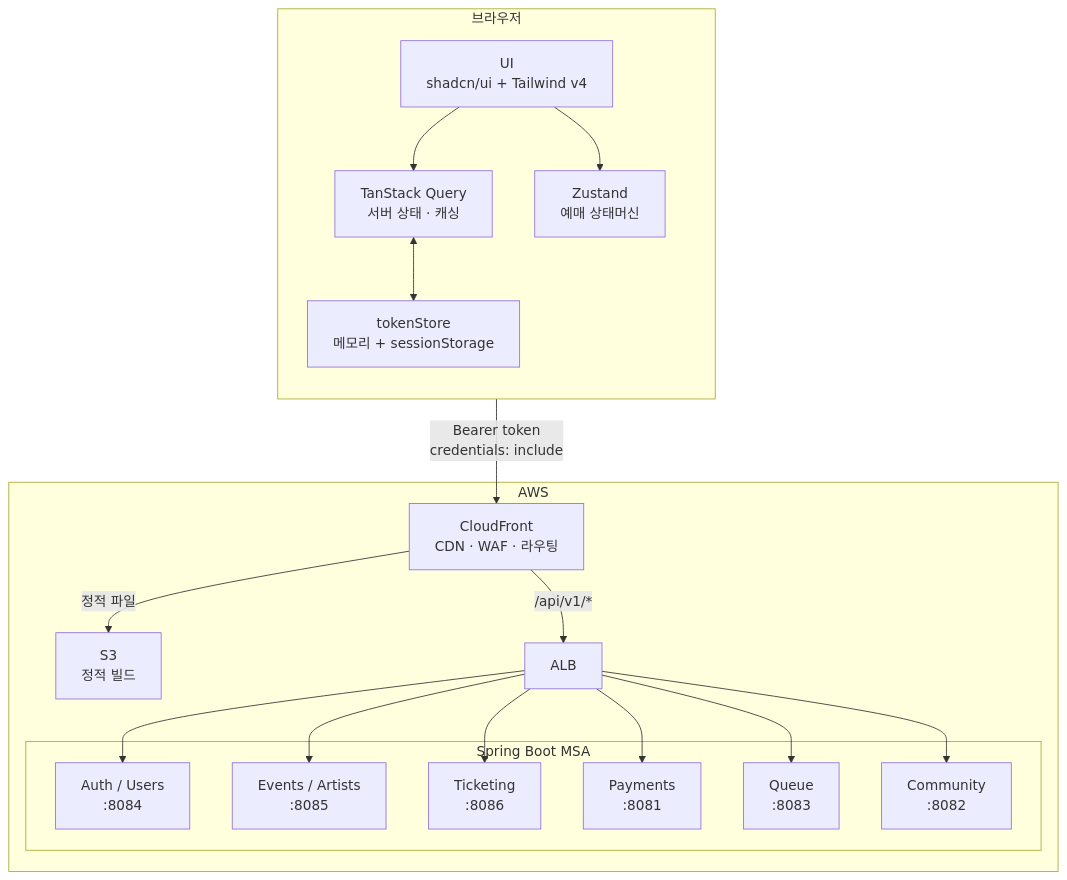
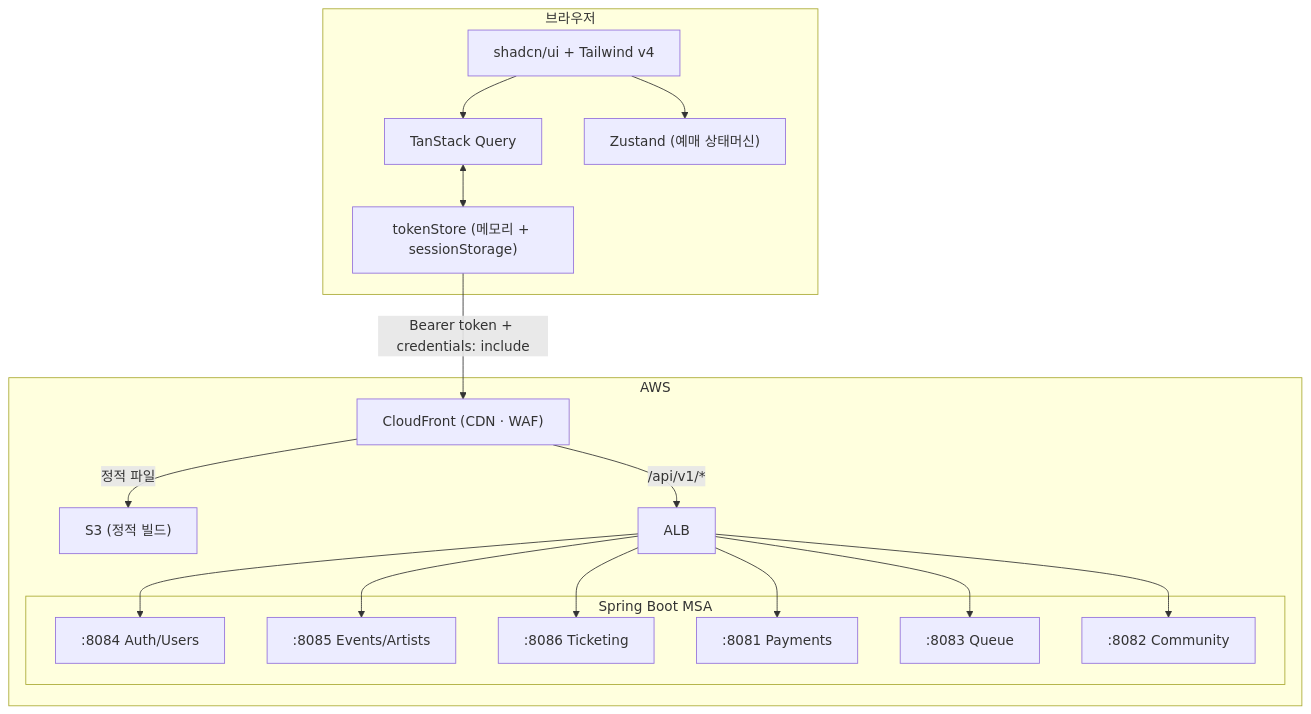
The diagram in README.md (KTCloud-TechUp/urr-frontend), drawn with Mermaid before and after one commit. The commit also changed other lines of this file and 8 other files, not shown here.

````diff
--- a/README.md
+++ b/README.md
@@ -151,32 +110,31 @@
 ```mermaid
 graph TD
     subgraph Browser["브라우저"]
-        direction TB
-        UI["UI\nshadcn/ui + Tailwind v4"]
-        TQ["TanStack Query\n서버 상태 · 캐싱"]
-        ZS["Zustand\n예매 상태머신"]
-        TS["tokenStore\n메모리 + sessionStorage"]
+        UI["shadcn/ui + Tailwind v4"]
+        TQ["TanStack Query"]
+        ZS["Zustand (예매 상태머신)"]
+        TS["tokenStore (메모리 + sessionStorage)"]
         UI --> TQ & ZS
         TQ <--> TS
     end
 
-    subgraph AWS["AWS"]
-        CF["CloudFront\nCDN · WAF · 라우팅"]
-        S3["S3\n정적 빌드"]
+    subgraph AWS
+        CF["CloudFront (CDN · WAF)"]
+        S3["S3 (정적 빌드)"]
         ALB["ALB"]
         CF -->|"/api/v1/*"| ALB
-        CF -->|"정적 파일"| S3
+        CF -->|정적 파일| S3
 
         subgraph MSA["Spring Boot MSA"]
-            AUTH["Auth / Users\n:8084"]
-            EVENTS["Events / Artists\n:8085"]
-            TICKET["Ticketing\n:8086"]
-            PAY["Payments\n:8081"]
-            QUEUE["Queue\n:8083"]
-            COMM["Community\n:8082"]
+            AUTH[":8084 Auth/Users"]
+            EVENTS[":8085 Events/Artists"]
+            TICKET[":8086 Ticketing"]
+            PAY[":8081 Payments"]
+            QUEUE[":8083 Queue"]
+            COMM[":8082 Community"]
         end
         ALB --> AUTH & EVENTS & TICKET & PAY & QUEUE & COMM
     end
 
-    TS -->|"Bearer token\ncredentials: include"| CF
+    TS -->|Bearer token + credentials: include| CF
 ```
````
